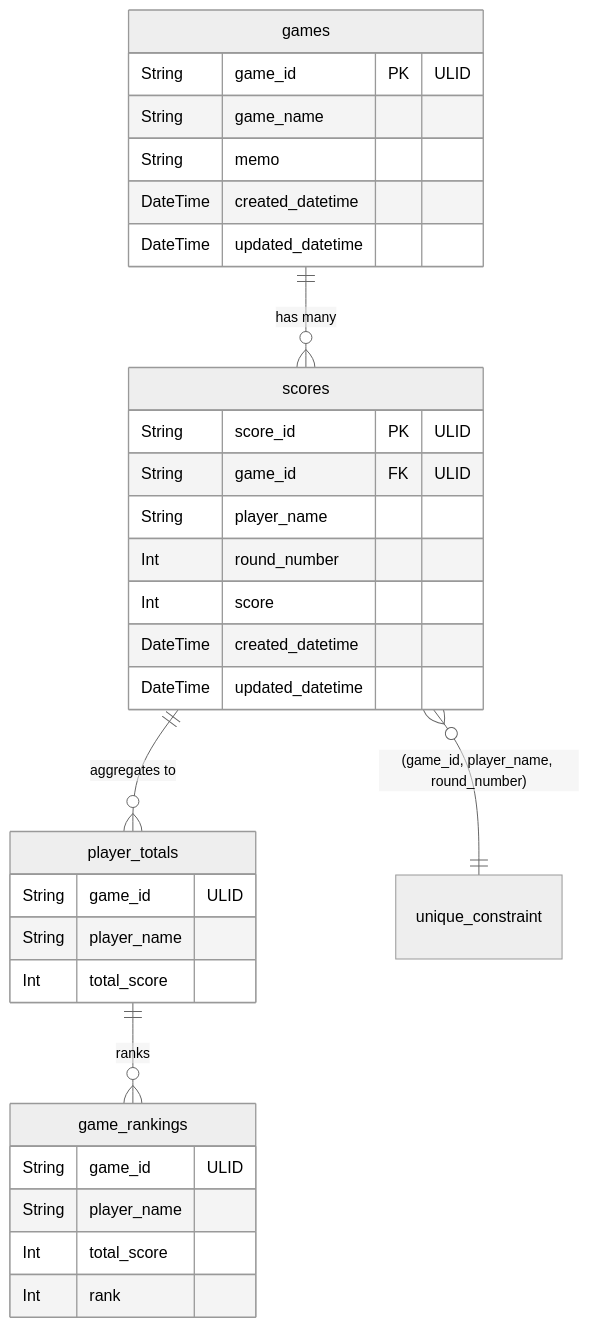
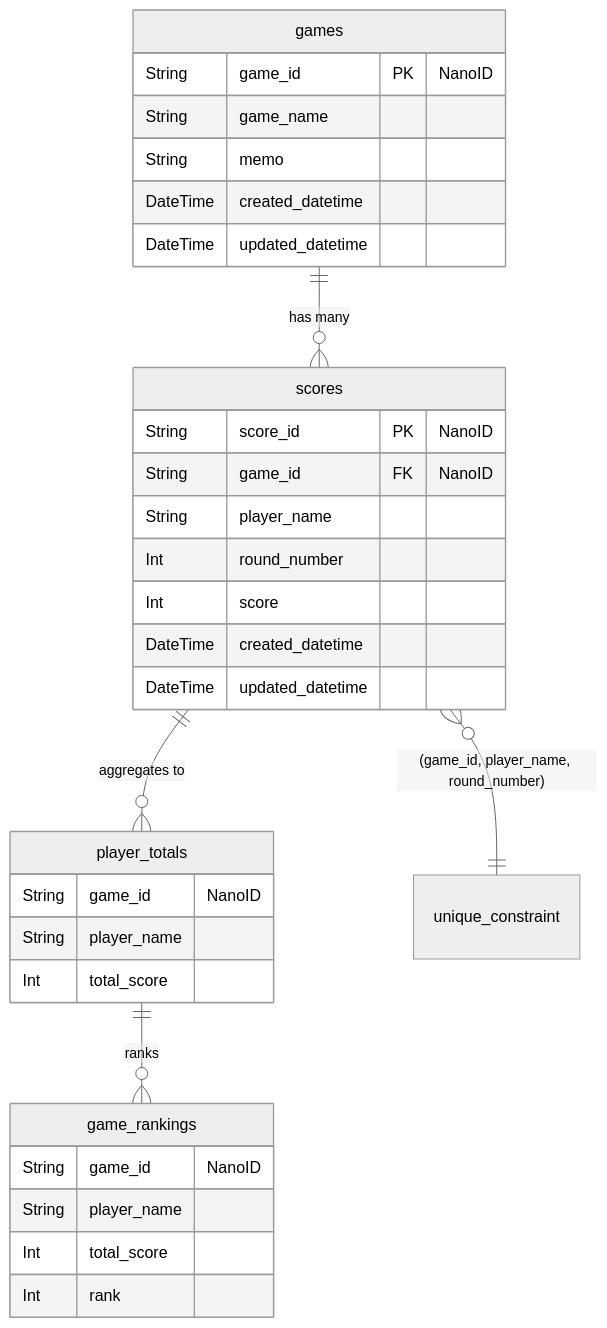
One commit to Mayoneeeez/tokutenban changed the diagram in docs/er-diagram.md. Above: the diagram before and after it, drawn with Mermaid (neutral theme). The commit also changed 3 other files, not shown here.

````diff
--- a/docs/er-diagram.md
+++ b/docs/er-diagram.md
@@ -3,40 +3,40 @@
 ```mermaid
 erDiagram
     games {
-        String game_id PK "ULID"
+        String game_id PK "NanoID"
         String game_name
         String memo
         DateTime created_datetime
         DateTime updated_datetime
     }
 
     scores {
-        String score_id PK "ULID"
-        String game_id FK "ULID"
+        String score_id PK "NanoID"
+        String game_id FK "NanoID"
         String player_name
         Int round_number
         Int score
         DateTime created_datetime
         DateTime updated_datetime
     }
 
     player_totals {
-        String game_id "ULID"
+        String game_id "NanoID"
         String player_name
         Int total_score
     }
 
     game_rankings {
-        String game_id "ULID"
+        String game_id "NanoID"
         String player_name
         Int total_score
         Int rank
     }
 
     games ||--o{ scores : "has many"
     scores ||--o{ player_totals : "aggregates to"
     player_totals ||--o{ game_rankings : "ranks"
 
 %% 複合ユニーク制約
     scores }o--|| unique_constraint : "(game_id, player_name, round_number)"
 ```
````
